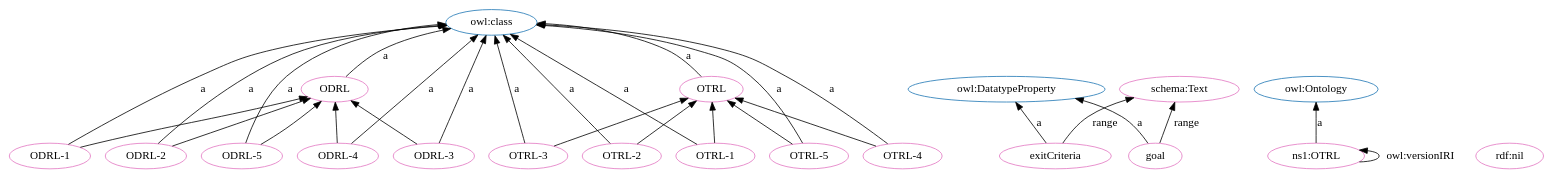
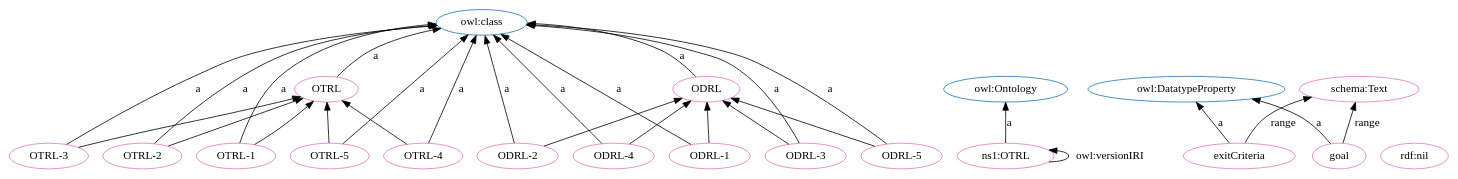
The diagram in OTRL.dot (OPEN-NEXT/OKH-LOSH), drawn with Graphviz before and after one commit. The commit also changed other lines of this file and 15 other files, not shown here.

```diff
--- a/OTRL.dot
+++ b/OTRL.dot
@@ -1,54 +1,54 @@
 digraph G {
   rankdir=BT
   node[height=.3]
-"http://purl.org/oseg/ontologies/OTRL#ODRL" [fillcolor="#1f77b4" color="#1f77b4" label="ODRL"]
 "http://www.w3.org/2002/07/owl#class" [fillcolor="#1f77b4" color="#1f77b4" label="owl:class"]
-"http://www.w3.org/2002/07/owl#DatatypeProperty" [fillcolor="#1f77b4" color="#1f77b4" label="owl:DatatypeProperty"]
 "http://purl.org/oseg/ontologies/OTRL#OTRL" [fillcolor="#1f77b4" color="#1f77b4" label="OTRL"]
 "http://www.w3.org/2002/07/owl#Ontology" [fillcolor="#1f77b4" color="#1f77b4" label="owl:Ontology"]
-"http://schema.org/Text" [fillcolor="#e377c2" color="#e377c2" label="schema:Text"]
+"http://www.w3.org/2002/07/owl#DatatypeProperty" [fillcolor="#1f77b4" color="#1f77b4" label="owl:DatatypeProperty"]
+"http://purl.org/oseg/ontologies/OTRL#ODRL" [fillcolor="#1f77b4" color="#1f77b4" label="ODRL"]
+"http://purl.org/oseg/ontologies/OTRL#ODRL" [fillcolor="#e377c2" color="#e377c2" label="ODRL"]
+"http://purl.org/oseg/ontologies/OTRL#OTRL" [fillcolor="#e377c2" color="#e377c2" label="OTRL"]
+"http://purl.org/oseg/ontologies/OTRL#ODRL-4" [fillcolor="#e377c2" color="#e377c2" label="ODRL-4"]
+"http://www.w3.org/1999/02/22-rdf-syntax-ns#nil" [fillcolor="#e377c2" color="#e377c2" label="rdf:nil"]
 "http://purl.org/oseg/ontologies/OTRL#OTRL-2" [fillcolor="#e377c2" color="#e377c2" label="OTRL-2"]
-"http://purl.org/oseg/ontologies/OTRL#exitCriteria" [fillcolor="#e377c2" color="#e377c2" label="exitCriteria"]
-"http://purl.org/oseg/ontologies/OTRL#OTRL" [fillcolor="#e377c2" color="#e377c2" label="OTRL"]
-"http://purl.org/oseg/ontologies/OTRL#ODRL" [fillcolor="#e377c2" color="#e377c2" label="ODRL"]
+"http://purl.org/oseg/ontologies/OTRL#OTRL-3" [fillcolor="#e377c2" color="#e377c2" label="OTRL-3"]
 "http://purl.org/oseg/ontologies/OTRL#ODRL-2" [fillcolor="#e377c2" color="#e377c2" label="ODRL-2"]
+"http://purl.org/oseg/ontologies/OTRL#OTRL-1" [fillcolor="#e377c2" color="#e377c2" label="OTRL-1"]
 "http://purl.org/oseg/ontologies/OTRL" [fillcolor="#e377c2" color="#e377c2" label="ns1:OTRL"]
-"http://www.w3.org/1999/02/22-rdf-syntax-ns#nil" [fillcolor="#e377c2" color="#e377c2" label="rdf:nil"]
-"http://purl.org/oseg/ontologies/OTRL#OTRL-3" [fillcolor="#e377c2" color="#e377c2" label="OTRL-3"]
-"http://purl.org/oseg/ontologies/OTRL#OTRL-1" [fillcolor="#e377c2" color="#e377c2" label="OTRL-1"]
 "http://purl.org/oseg/ontologies/OTRL#ODRL-1" [fillcolor="#e377c2" color="#e377c2" label="ODRL-1"]
 "http://purl.org/oseg/ontologies/OTRL#ODRL-5" [fillcolor="#e377c2" color="#e377c2" label="ODRL-5"]
-"http://purl.org/oseg/ontologies/OTRL#ODRL-3" [fillcolor="#e377c2" color="#e377c2" label="ODRL-3"]
+"http://purl.org/oseg/ontologies/OTRL#exitCriteria" [fillcolor="#e377c2" color="#e377c2" label="exitCriteria"]
+"http://schema.org/Text" [fillcolor="#e377c2" color="#e377c2" label="schema:Text"]
 "http://purl.org/oseg/ontologies/OTRL#goal" [fillcolor="#e377c2" color="#e377c2" label="goal"]
-"http://purl.org/oseg/ontologies/OTRL#ODRL-4" [fillcolor="#e377c2" color="#e377c2" label="ODRL-4"]
 "http://purl.org/oseg/ontologies/OTRL#OTRL-4" [fillcolor="#e377c2" color="#e377c2" label="OTRL-4"]
 "http://purl.org/oseg/ontologies/OTRL#OTRL-5" [fillcolor="#e377c2" color="#e377c2" label="OTRL-5"]
+"http://purl.org/oseg/ontologies/OTRL#ODRL-3" [fillcolor="#e377c2" color="#e377c2" label="ODRL-3"]
+  "http://purl.org/oseg/ontologies/OTRL#ODRL-5" -> "http://purl.org/oseg/ontologies/OTRL#ODRL" [label=""]
+  "http://purl.org/oseg/ontologies/OTRL#ODRL-4" -> "http://www.w3.org/2002/07/owl#class" [label="a"]
+  "http://purl.org/oseg/ontologies/OTRL#OTRL-3" -> "http://www.w3.org/2002/07/owl#class" [label="a"]
+  "http://purl.org/oseg/ontologies/OTRL#ODRL-3" -> "http://purl.org/oseg/ontologies/OTRL#ODRL" [label=""]
+  "http://purl.org/oseg/ontologies/OTRL" -> "http://purl.org/oseg/ontologies/OTRL" [label="owl:versionIRI"]
+  "http://purl.org/oseg/ontologies/OTRL#ODRL-4" -> "http://purl.org/oseg/ontologies/OTRL#ODRL" [label=""]
+  "http://purl.org/oseg/ontologies/OTRL#OTRL-2" -> "http://purl.org/oseg/ontologies/OTRL#OTRL" [label=""]
+  "http://purl.org/oseg/ontologies/OTRL#goal" -> "http://www.w3.org/2002/07/owl#DatatypeProperty" [label="a"]
+  "http://purl.org/oseg/ontologies/OTRL#goal" -> "http://schema.org/Text" [label="range"]
+  "http://purl.org/oseg/ontologies/OTRL#OTRL-5" -> "http://www.w3.org/2002/07/owl#class" [label="a"]
+  "http://purl.org/oseg/ontologies/OTRL#OTRL-5" -> "http://purl.org/oseg/ontologies/OTRL#OTRL" [label=""]
+  "http://purl.org/oseg/ontologies/OTRL#ODRL" -> "http://www.w3.org/2002/07/owl#class" [label="a"]
+  "http://purl.org/oseg/ontologies/OTRL#OTRL" -> "http://www.w3.org/2002/07/owl#class" [label="a"]
   "http://purl.org/oseg/ontologies/OTRL#OTRL-2" -> "http://www.w3.org/2002/07/owl#class" [label="a"]
+  "http://purl.org/oseg/ontologies/OTRL#ODRL-2" -> "http://www.w3.org/2002/07/owl#class" [label="a"]
+  "http://purl.org/oseg/ontologies/OTRL#OTRL-1" -> "http://www.w3.org/2002/07/owl#class" [label="a"]
+  "http://purl.org/oseg/ontologies/OTRL#ODRL-1" -> "http://www.w3.org/2002/07/owl#class" [label="a"]
+  "http://purl.org/oseg/ontologies/OTRL#ODRL-5" -> "http://www.w3.org/2002/07/owl#class" [label="a"]
+  "http://purl.org/oseg/ontologies/OTRL#ODRL-2" -> "http://purl.org/oseg/ontologies/OTRL#ODRL" [label=""]
+  "http://purl.org/oseg/ontologies/OTRL#OTRL-3" -> "http://purl.org/oseg/ontologies/OTRL#OTRL" [label=""]
   "http://purl.org/oseg/ontologies/OTRL#exitCriteria" -> "http://www.w3.org/2002/07/owl#DatatypeProperty" [label="a"]
-  "http://purl.org/oseg/ontologies/OTRL#ODRL" -> "http://www.w3.org/2002/07/owl#class" [label="a"]
-  "http://purl.org/oseg/ontologies/OTRL#ODRL-2" -> "http://www.w3.org/2002/07/owl#class" [label="a"]
+  "http://purl.org/oseg/ontologies/OTRL#exitCriteria" -> "http://schema.org/Text" [label="range"]
   "http://purl.org/oseg/ontologies/OTRL" -> "http://www.w3.org/2002/07/owl#Ontology" [label="a"]
-  "http://purl.org/oseg/ontologies/OTRL#ODRL-1" -> "http://www.w3.org/2002/07/owl#class" [label="a"]
-  "http://purl.org/oseg/ontologies/OTRL#ODRL-4" -> "http://purl.org/oseg/ontologies/OTRL#ODRL" [label=""]
-  "http://purl.org/oseg/ontologies/OTRL#OTRL" -> "http://www.w3.org/2002/07/owl#class" [label="a"]
-  "http://purl.org/oseg/ontologies/OTRL#ODRL-5" -> "http://www.w3.org/2002/07/owl#class" [label="a"]
-  "http://purl.org/oseg/ontologies/OTRL#OTRL-3" -> "http://purl.org/oseg/ontologies/OTRL#OTRL" [label=""]
-  "http://purl.org/oseg/ontologies/OTRL#goal" -> "http://www.w3.org/2002/07/owl#DatatypeProperty" [label="a"]
-  "http://purl.org/oseg/ontologies/OTRL#ODRL-2" -> "http://purl.org/oseg/ontologies/OTRL#ODRL" [label=""]
   "http://purl.org/oseg/ontologies/OTRL#OTRL-1" -> "http://purl.org/oseg/ontologies/OTRL#OTRL" [label=""]
-  "http://purl.org/oseg/ontologies/OTRL#exitCriteria" -> "http://schema.org/Text" [label="range"]
-  "http://purl.org/oseg/ontologies/OTRL" -> "http://purl.org/oseg/ontologies/OTRL" [label="owl:versionIRI"]
-  "http://purl.org/oseg/ontologies/OTRL#OTRL-3" -> "http://www.w3.org/2002/07/owl#class" [label="a"]
-  "http://purl.org/oseg/ontologies/OTRL#OTRL-1" -> "http://www.w3.org/2002/07/owl#class" [label="a"]
-  "http://purl.org/oseg/ontologies/OTRL#ODRL-5" -> "http://purl.org/oseg/ontologies/OTRL#ODRL" [label=""]
-  "http://purl.org/oseg/ontologies/OTRL#OTRL-5" -> "http://purl.org/oseg/ontologies/OTRL#OTRL" [label=""]
-  "http://purl.org/oseg/ontologies/OTRL#OTRL-5" -> "http://www.w3.org/2002/07/owl#class" [label="a"]
-  "http://purl.org/oseg/ontologies/OTRL#OTRL-4" -> "http://purl.org/oseg/ontologies/OTRL#OTRL" [label=""]
-  "http://purl.org/oseg/ontologies/OTRL#OTRL-2" -> "http://purl.org/oseg/ontologies/OTRL#OTRL" [label=""]
+  "http://purl.org/oseg/ontologies/OTRL#OTRL-4" -> "http://www.w3.org/2002/07/owl#class" [label="a"]
   "http://purl.org/oseg/ontologies/OTRL#ODRL-1" -> "http://purl.org/oseg/ontologies/OTRL#ODRL" [label=""]
   "http://purl.org/oseg/ontologies/OTRL#ODRL-3" -> "http://www.w3.org/2002/07/owl#class" [label="a"]
-  "http://purl.org/oseg/ontologies/OTRL#goal" -> "http://schema.org/Text" [label="range"]
-  "http://purl.org/oseg/ontologies/OTRL#ODRL-4" -> "http://www.w3.org/2002/07/owl#class" [label="a"]
-  "http://purl.org/oseg/ontologies/OTRL#OTRL-4" -> "http://www.w3.org/2002/07/owl#class" [label="a"]
-  "http://purl.org/oseg/ontologies/OTRL#ODRL-3" -> "http://purl.org/oseg/ontologies/OTRL#ODRL" [label=""]
+  "http://purl.org/oseg/ontologies/OTRL#OTRL-4" -> "http://purl.org/oseg/ontologies/OTRL#OTRL" [label=""]
 }
```
